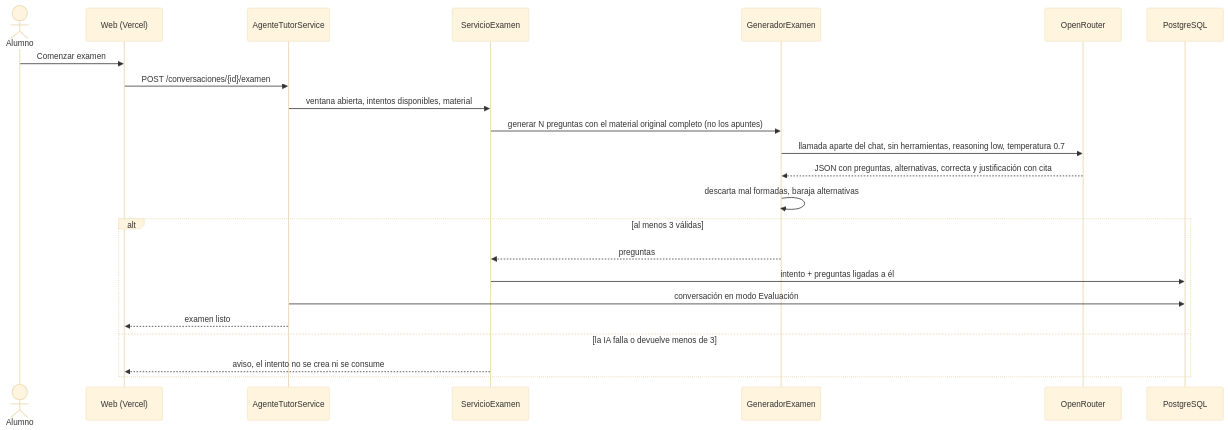
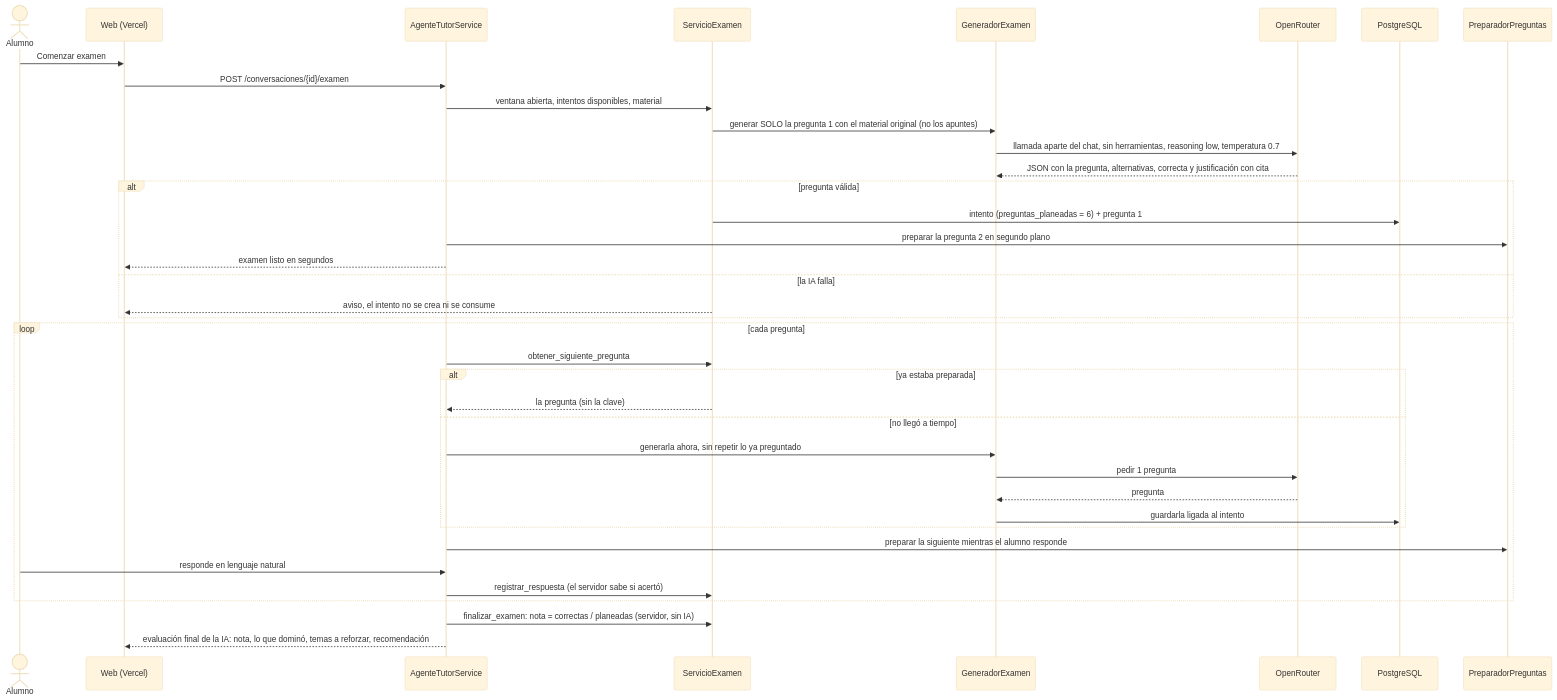
Before and after one commit to hideakiuchida/TutorPre: the tenth of 11 diagrams in specs/SDD-Plataforma-Evaluacion-PreClase.md, drawn with Mermaid (base theme). The commit also changed other lines of this file and 17 other files, not shown here.

First line of the commit message:
Examen pregunta a pregunta y evaluación final de la IA (RF-04)

````diff
--- a/specs/SDD-Plataforma-Evaluacion-PreClase.md
+++ b/specs/SDD-Plataforma-Evaluacion-PreClase.md
@@ -779,26 +789,42 @@
 ```mermaid
 sequenceDiagram
     actor U as Alumno
     participant W as Web (Vercel)
     participant T as AgenteTutorService
     participant E as ServicioExamen
     participant G as GeneradorExamen
     participant O as OpenRouter
     participant D as PostgreSQL
 
+    participant P as PreparadorPreguntas
+
     U->>W: Comenzar examen
     W->>T: POST /conversaciones/{id}/examen
     T->>E: ventana abierta, intentos disponibles, material
-    E->>G: generar N preguntas con el material original completo (no los apuntes)
+    E->>G: generar SOLO la pregunta 1 con el material original (no los apuntes)
     G->>O: llamada aparte del chat, sin herramientas, reasoning low, temperatura 0.7
-    O-->>G: JSON con preguntas, alternativas, correcta y justificación con cita
-    G->>G: descarta mal formadas, baraja alternativas
-    alt al menos 3 válidas
-        G-->>E: preguntas
-        E->>D: intento + preguntas ligadas a él
-        T->>D: conversación en modo Evaluación
-        T-->>W: examen listo
-    else la IA falla o devuelve menos de 3
+    O-->>G: JSON con la pregunta, alternativas, correcta y justificación con cita
+    alt pregunta válida
+        E->>D: intento (preguntas_planeadas = 6) + pregunta 1
+        T->>P: preparar la pregunta 2 en segundo plano
+        T-->>W: examen listo en segundos
+    else la IA falla
         E-->>W: aviso, el intento no se crea ni se consume
     end
+    loop cada pregunta
+        T->>E: obtener_siguiente_pregunta
+        alt ya estaba preparada
+            E-->>T: la pregunta (sin la clave)
+        else no llegó a tiempo
+            T->>G: generarla ahora, sin repetir lo ya preguntado
+            G->>O: pedir 1 pregunta
+            O-->>G: pregunta
+            G->>D: guardarla ligada al intento
+        end
+        T->>P: preparar la siguiente mientras el alumno responde
+        U->>T: responde en lenguaje natural
+        T->>E: registrar_respuesta (el servidor sabe si acertó)
+    end
+    T->>E: finalizar_examen: nota = correctas / planeadas (servidor, sin IA)
+    T-->>W: evaluación final de la IA: nota, lo que dominó, temas a reforzar, recomendación
 ```
````
